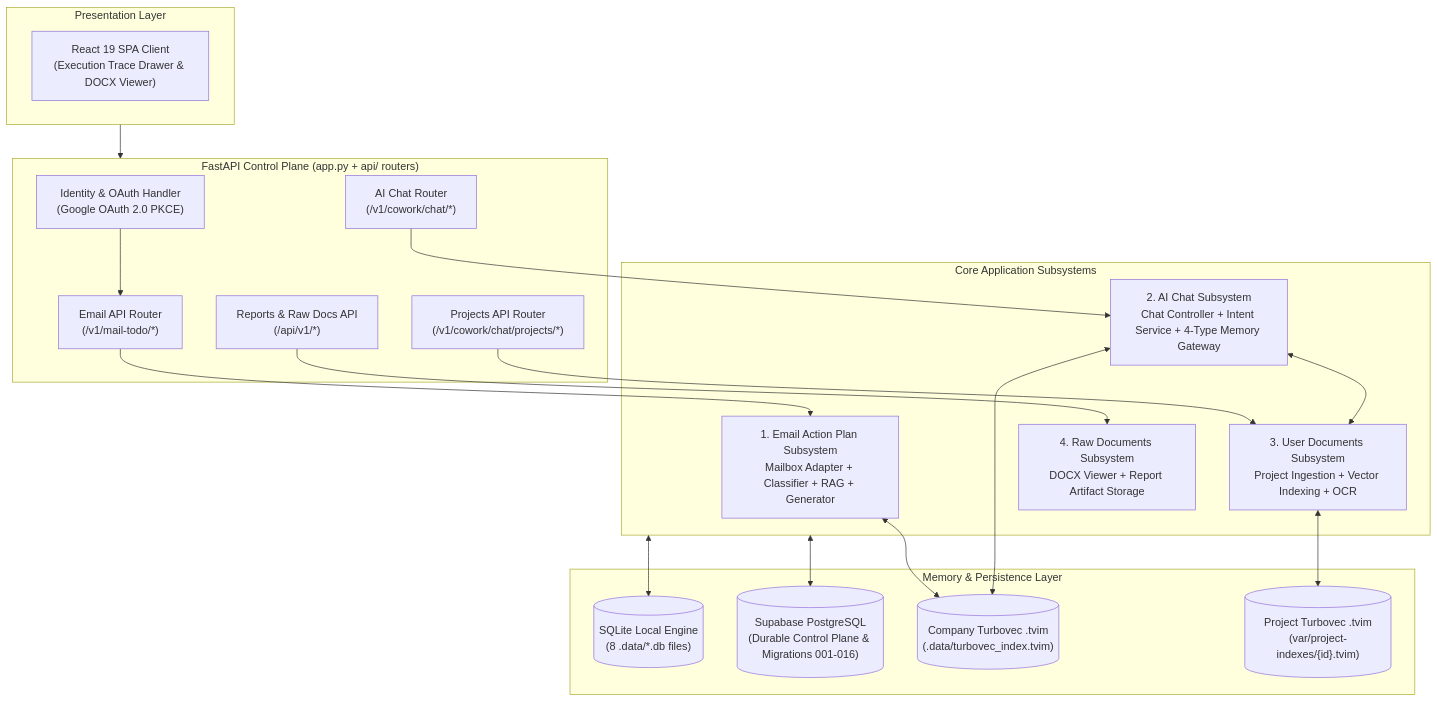
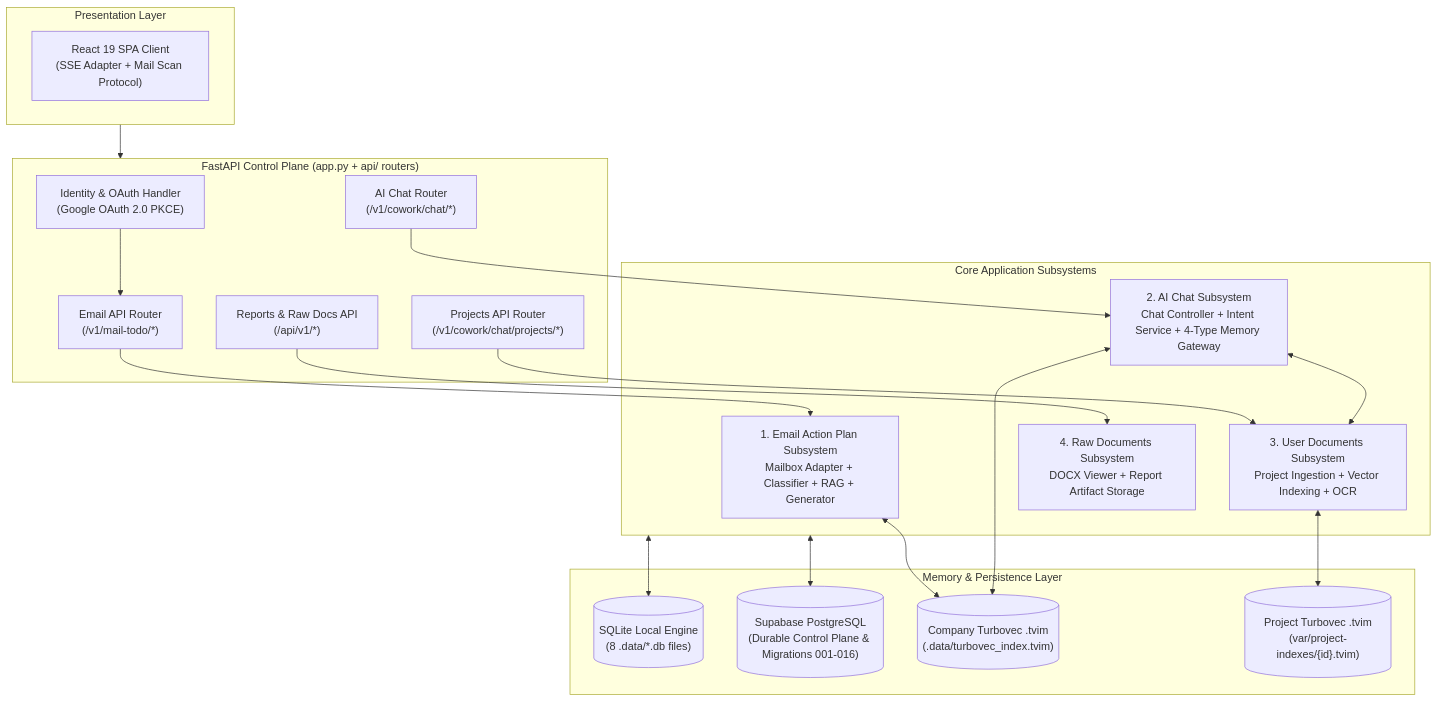
Before and after one commit to MathematicGuy/EMAIL-AGENT-v1: the diagram in docs/architectures/current-architectures/04-overall-architecture.md, drawn with Mermaid. The commit also changed other lines of this file and 7 other files, not shown here.

Commit message:
refactor(ui): extract mail scan polling protocol

````diff
--- a/docs/architectures/current-architectures/04-overall-architecture.md
+++ b/docs/architectures/current-architectures/04-overall-architecture.md
@@ -71,44 +72,44 @@
 ```mermaid
 flowchart TB
     subgraph PRESENTATION["Presentation Layer"]
-        REACT["React 19 SPA Client<br/>(Execution Trace Drawer & DOCX Viewer)"]
+        REACT["React 19 SPA Client<br/>(SSE Adapter + Mail Scan Protocol)"]
     end
 
     subgraph CONTROL_PLANE["FastAPI Control Plane (app.py + api/ routers)"]
         AUTH["Identity & OAuth Handler<br/>(Google OAuth 2.0 PKCE)"]
         EMAIL_ROUTER["Email API Router<br/>(/v1/mail-todo/*)"]
         CHAT_ROUTER["AI Chat Router<br/>(/v1/cowork/chat/*)"]
         PROJECT_ROUTER["Projects API Router<br/>(/v1/cowork/chat/projects/*)"]
         REPORT_ROUTER["Reports & Raw Docs API<br/>(/api/v1/*)"]
     end
 
     subgraph SUBSYSTEMS["Core Application Subsystems"]
         SUB_EMAIL["1. Email Action Plan Subsystem<br/>Mailbox Adapter + Classifier + RAG + Generator"]
         SUB_CHAT["2. AI Chat Subsystem<br/>Chat Controller + Intent Service + 4-Type Memory Gateway"]
         SUB_DOCS["3. User Documents Subsystem<br/>Project Ingestion + Vector Indexing + OCR"]
         SUB_RAW["4. Raw Documents Subsystem<br/>DOCX Viewer + Report Artifact Storage"]
     end
 
     subgraph MEMORY_STORES["Memory & Persistence Layer"]
         DB_LOCAL[("SQLite Local Engine<br/>(8 .data/*.db files)")]
         DB_PG[("Supabase PostgreSQL<br/>(Durable Control Plane & Migrations 001-016)")]
         VEC_COMPANY[("Company Turbovec .tvim<br/>(.data/turbovec_index.tvim)")]
         VEC_PROJECT[("Project Turbovec .tvim<br/>(var/project-indexes/{id}.tvim)")]
     end
 
     PRESENTATION --> CONTROL_PLANE
     AUTH --> EMAIL_ROUTER
     
     EMAIL_ROUTER --> SUB_EMAIL
     CHAT_ROUTER --> SUB_CHAT
     PROJECT_ROUTER --> SUB_DOCS
     REPORT_ROUTER --> SUB_RAW
 
     SUB_CHAT <--> SUB_DOCS
     SUB_EMAIL <--> VEC_COMPANY
     SUB_CHAT <--> VEC_COMPANY
     SUB_DOCS <--> VEC_PROJECT
 
     SUBSYSTEMS <--> DB_LOCAL
     SUBSYSTEMS <--> DB_PG
 ```
````
